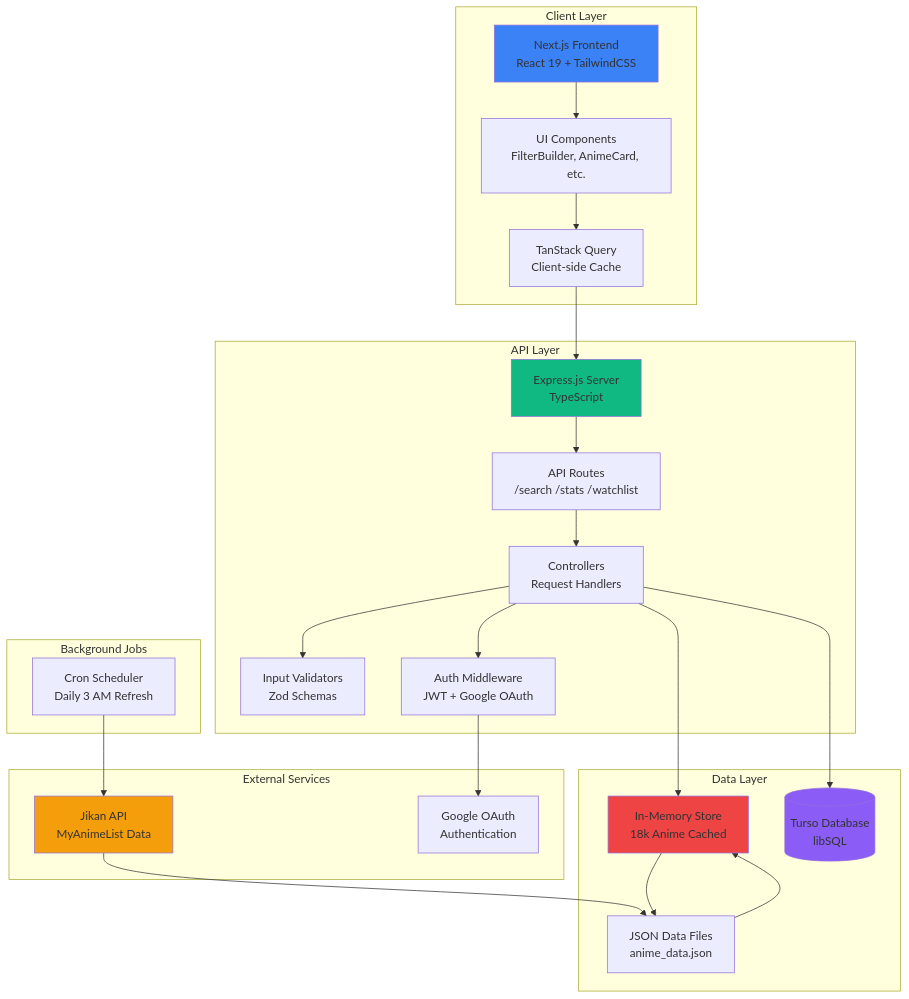
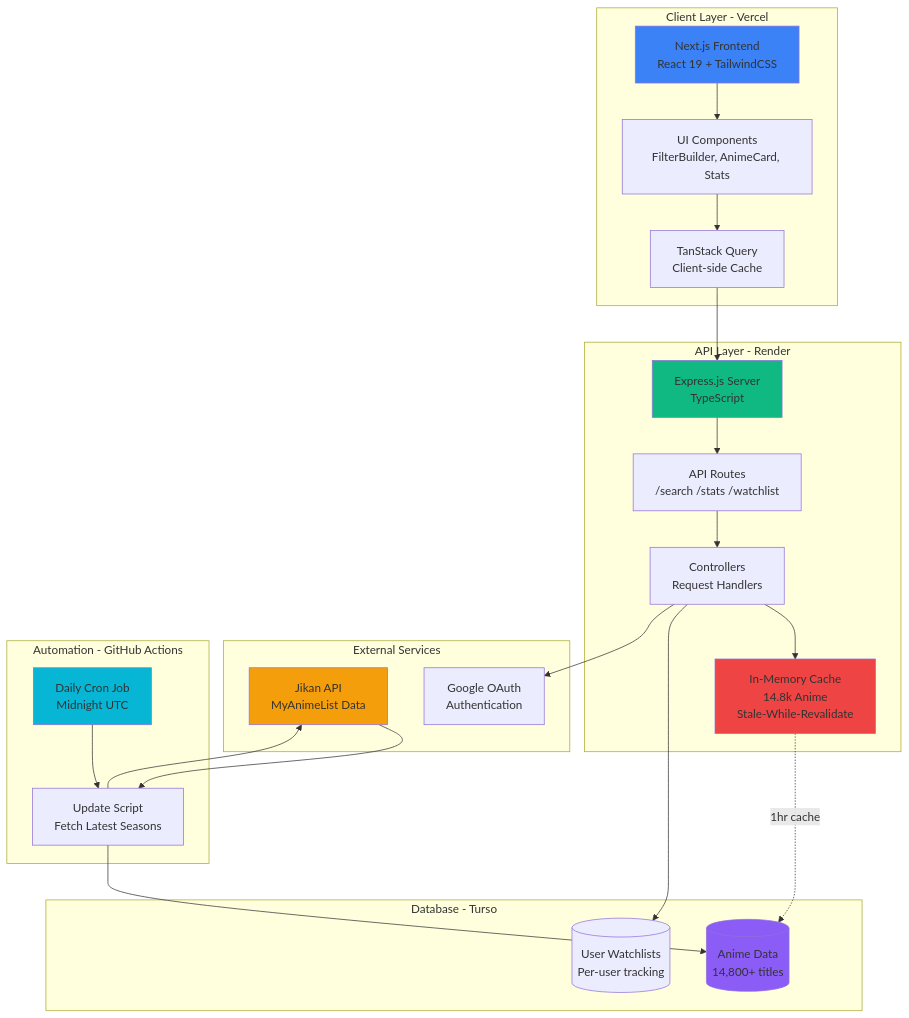
The diagram in README.md (sarthakagrawal927/anime_list), drawn with Mermaid before and after one commit. The commit also changed other lines of this file and 1 other file, not shown here.

Commit message:
docs: update README and AGENTS with latest architecture
Updated documentation to reflect:
- Turso database for anime data (14,800+ titles)
- Stale-while-revalidate caching (<1ms responses)
- GitHub Actions daily cron automation
- Removed references to JSON as primary storage
- Added recent major improvements section
- Updated architecture diagrams and deployment info

````diff
--- a/README.md
+++ b/README.md
@@ -21,52 +22,51 @@
 ```mermaid
 graph TB
-    subgraph "Client Layer"
+    subgraph "Client Layer - Vercel"
         UI[Next.js Frontend<br/>React 19 + TailwindCSS]
-        Components[UI Components<br/>FilterBuilder, AnimeCard, etc.]
+        Components[UI Components<br/>FilterBuilder, AnimeCard, Stats]
         Cache[TanStack Query<br/>Client-side Cache]
     end
 
-    subgraph "API Layer"
+    subgraph "API Layer - Render"
         Express[Express.js Server<br/>TypeScript]
         Routes[API Routes<br/>/search /stats /watchlist]
         Controllers[Controllers<br/>Request Handlers]
-        Validators[Input Validators<br/>Zod Schemas]
-        Middleware[Auth Middleware<br/>JWT + Google OAuth]
+        Memory[In-Memory Cache<br/>14.8k Anime<br/>Stale-While-Revalidate]
     end
 
-    subgraph "Data Layer"
-        Memory[In-Memory Store<br/>18k Anime Cached]
-        Turso[(Turso Database<br/>libSQL)]
-        Files[JSON Data Files<br/>anime_data.json]
+    subgraph "Database - Turso"
+        AnimeDB[(Anime Data<br/>14,800+ titles)]
+        WatchlistDB[(User Watchlists<br/>Per-user tracking)]
     end
 
     subgraph "External Services"
         Jikan[Jikan API<br/>MyAnimeList Data]
         Google[Google OAuth<br/>Authentication]
     end
 
-    subgraph "Background Jobs"
-        Cron[Cron Scheduler<br/>Daily 3 AM Refresh]
+    subgraph "Automation - GitHub Actions"
+        Cron[Daily Cron Job<br/>Midnight UTC]
+        Update[Update Script<br/>Fetch Latest Seasons]
     end
 
     UI --> Components
     Components --> Cache
     Cache --> Express
     Express --> Routes
     Routes --> Controllers
-    Controllers --> Validators
-    Controllers --> Middleware
-    Middleware --> Google
     Controllers --> Memory
-    Controllers --> Turso
-    Memory --> Files
-    Cron --> Jikan
-    Jikan --> Files
-    Files --> Memory
+    Memory -.1hr cache.-> AnimeDB
+    Controllers --> WatchlistDB
+    Controllers --> Google
+    Cron --> Update
+    Update --> Jikan
+    Jikan --> Update
+    Update --> AnimeDB
 
     style UI fill:#3b82f6
     style Express fill:#10b981
-    style Turso fill:#8b5cf6
+    style AnimeDB fill:#8b5cf6
     style Jikan fill:#f59e0b
     style Memory fill:#ef4444
+    style Cron fill:#06b6d4
 ```
````
